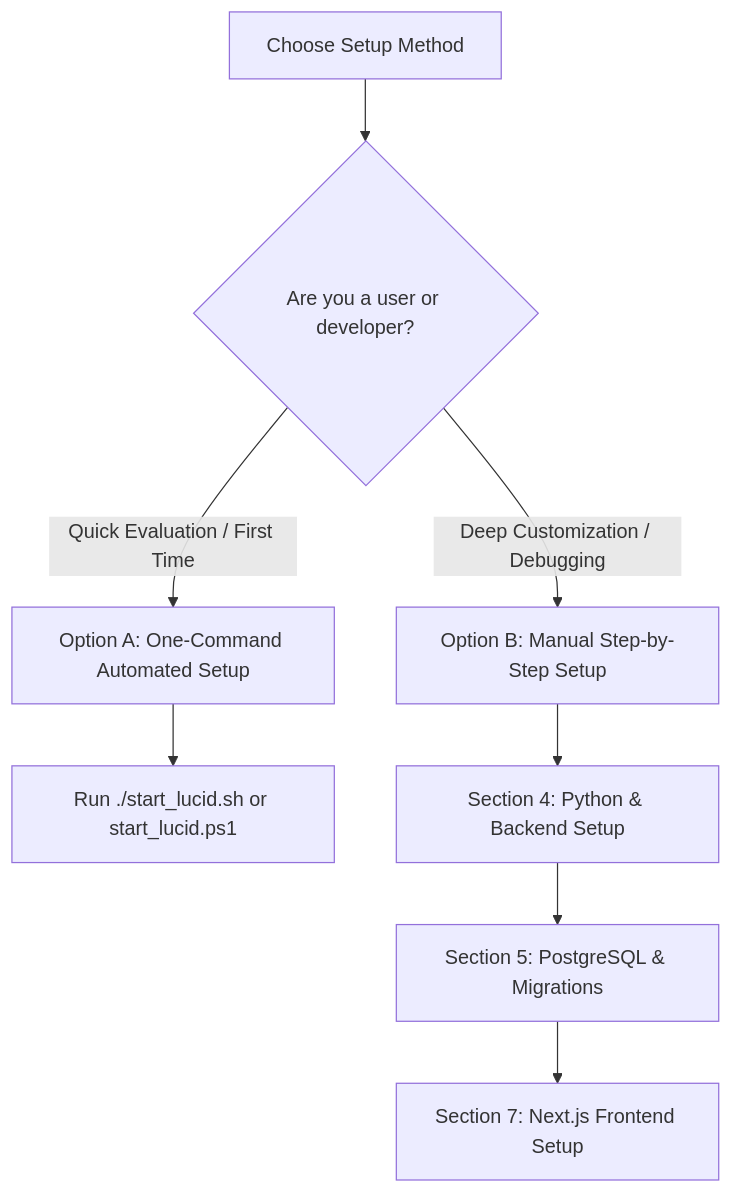
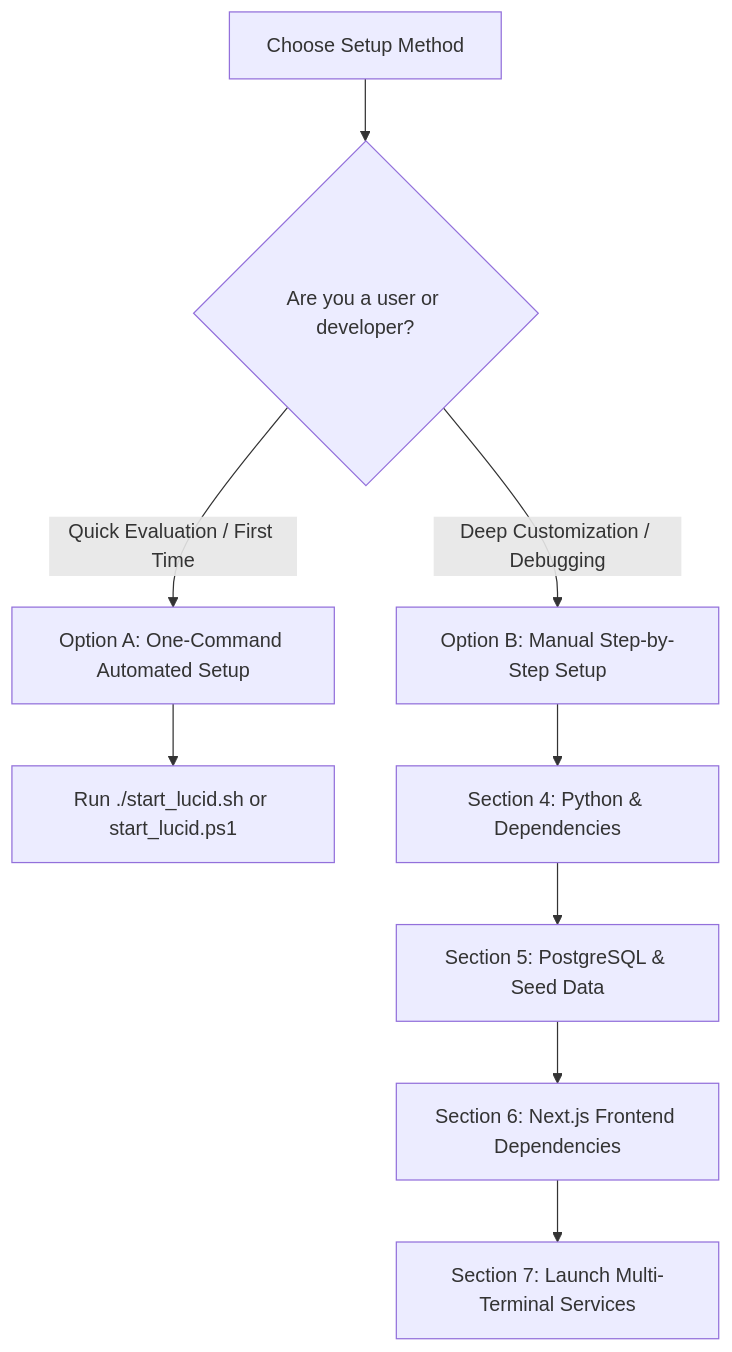
Before and after one commit to imankur0011/Lucid: the diagram in SETUP_AND_INSTALLATION.md, drawn with Mermaid. The commit also changed other lines of this file and 2 other files, not shown here.

Commit message:
docs: fix chronological order of manual setup steps (prereqs -> venv -> db setup -> frontend -> launch)

````diff
--- a/SETUP_AND_INSTALLATION.md
+++ b/SETUP_AND_INSTALLATION.md
@@ -65,10 +69,11 @@
 ```mermaid
 flowchart TD
     Start["Choose Setup Method"] --> Choice{"Are you a user or developer?"}
     Choice -->|"Quick Evaluation / First Time"| OptA["Option A: One-Command Automated Setup"]
     Choice -->|"Deep Customization / Debugging"| OptB["Option B: Manual Step-by-Step Setup"]
     OptA --> A_Run["Run ./start_lucid.sh or start_lucid.ps1"]
-    OptB --> B_Backend["Section 4: Python & Backend Setup"]
-    B_Backend --> B_DB["Section 5: PostgreSQL & Migrations"]
-    B_DB --> B_Front["Section 7: Next.js Frontend Setup"]
+    OptB --> B_Backend["Section 4: Python & Dependencies"]
+    B_Backend --> B_DB["Section 5: PostgreSQL & Seed Data"]
+    B_DB --> B_Front["Section 6: Next.js Frontend Dependencies"]
+    B_Front --> B_Run["Section 7: Launch Multi-Terminal Services"]
 ```
````
